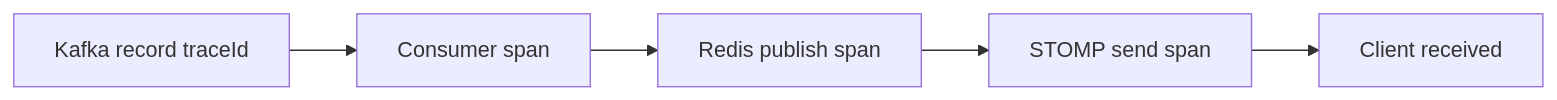
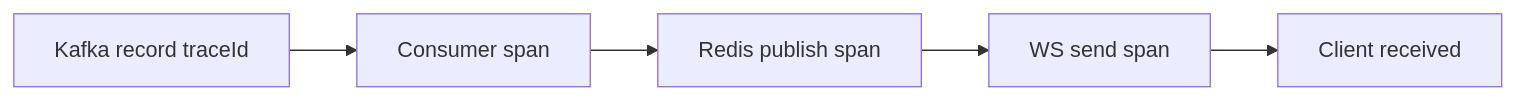
One commit to rishikeshdhokare/platform-manifesto changed the seventh of 7 diagrams in 02-architecture-and-api/04-real-time-architecture.md. Above: the diagram before and after it, drawn with Mermaid. The commit also changed other lines of this file and 64 other files, not shown here.

````diff
--- a/02-architecture-and-api/04-real-time-architecture.md
+++ b/02-architecture-and-api/04-real-time-architecture.md
@@ -426,7 +436,7 @@
 ```mermaid
 flowchart LR
     K[Kafka record traceId] --> C[Consumer span]
     C --> R[Redis publish span]
-    R --> W[STOMP send span]
+    R --> W[WS send span]
     W --> U[Client received]
 ```
````
